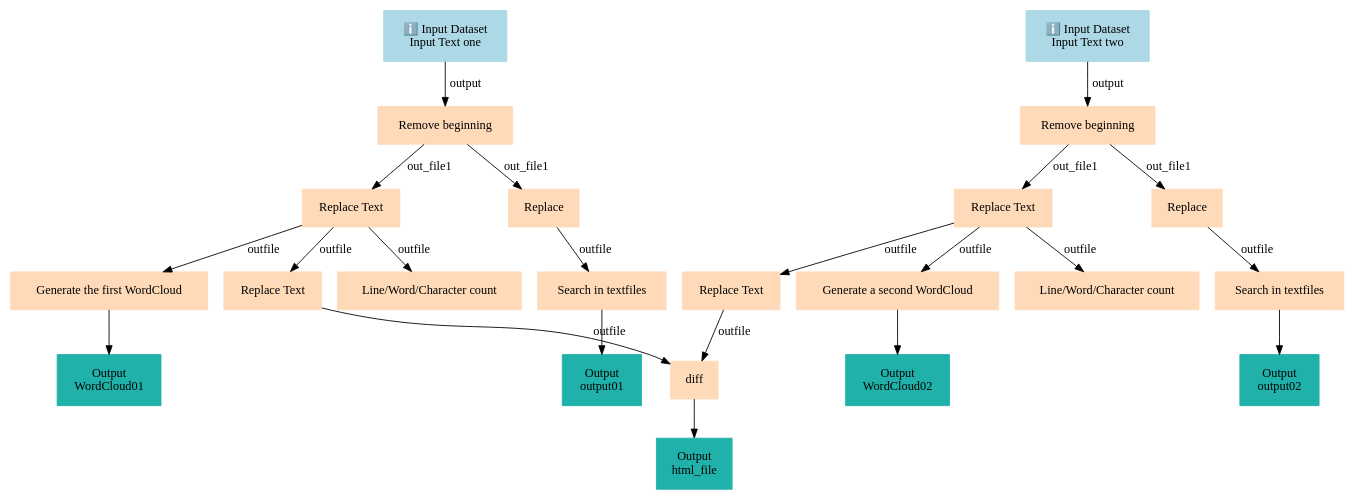
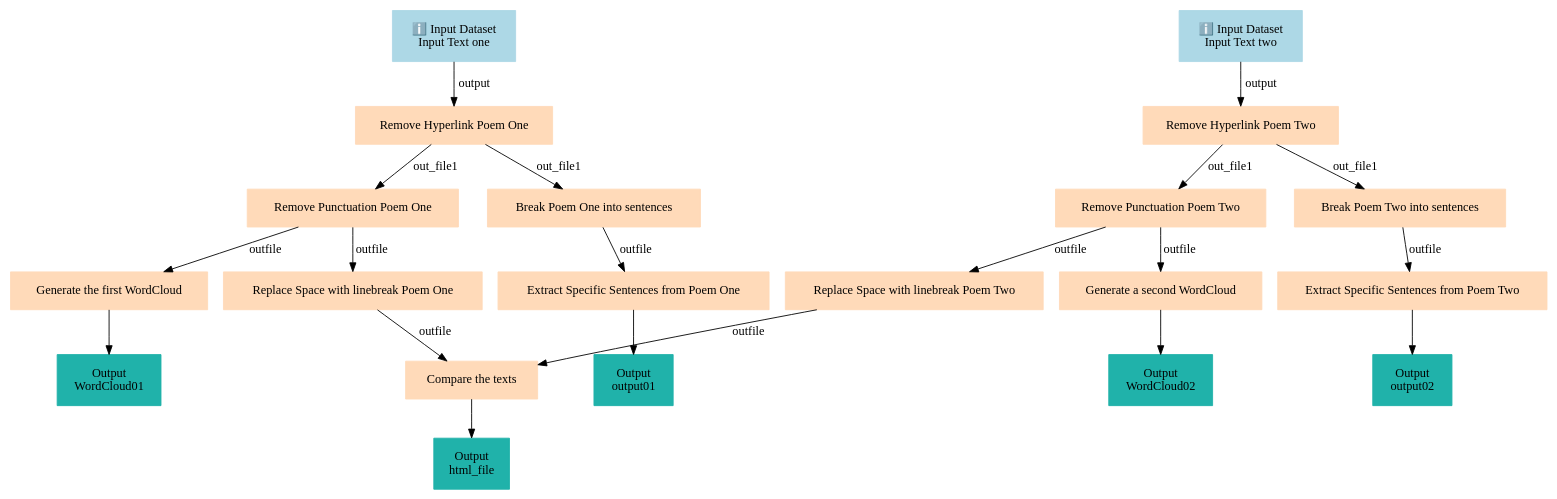
Before and after one commit to galaxyproject/training-material: the diagram in api/workflows/digital-humanities/introduction_to_dh/introduction-to-digital-humanities/graph.dot, drawn with Graphviz. The commit also changed 10719 other files, not shown here.

```diff
--- a/api/workflows/digital-humanities/introduction_to_dh/introduction-to-digital-humanities/graph.dot
+++ b/api/workflows/digital-humanities/introduction_to_dh/introduction-to-digital-humanities/graph.dot
@@ -1,47 +1,43 @@
 digraph main {
   node [fontname="Atkinson Hyperlegible", shape=box, color=white,style=filled,color=peachpuff,margin="0.2,0.2"];
   edge [fontname="Atkinson Hyperlegible"];
   0[color=lightblue,label="ℹ️ Input Dataset\nInput Text one"]
   1[color=lightblue,label="ℹ️ Input Dataset\nInput Text two"]
-  2[label="Remove beginning"]
+  2[label="Remove Hyperlink Poem One"]
   0 -> 2 [label="output"]
-  3[label="Remove beginning"]
+  3[label="Remove Hyperlink Poem Two"]
   1 -> 3 [label="output"]
-  4[label="Replace Text"]
+  4[label="Remove Punctuation Poem One"]
   2 -> 4 [label="out_file1"]
-  5[label="Replace"]
+  5[label="Break Poem One into sentences"]
   2 -> 5 [label="out_file1"]
-  6[label="Replace Text"]
+  6[label="Remove Punctuation Poem Two"]
   3 -> 6 [label="out_file1"]
-  7[label="Replace"]
+  7[label="Break Poem Two into sentences"]
   3 -> 7 [label="out_file1"]
-  8[label="Line/Word/Character count"]
+  8[label="Generate the first WordCloud"]
   4 -> 8 [label="outfile"]
-  9[label="Generate the first WordCloud"]
+  k56f52608c40a468abfd2e6718cc436db[color=lightseagreen,label="Output\nWordCloud01"]
+  8 -> k56f52608c40a468abfd2e6718cc436db
+  9[label="Replace Space with linebreak Poem One"]
   4 -> 9 [label="outfile"]
-  k56f52608c40a468abfd2e6718cc436db[color=lightseagreen,label="Output\nWordCloud01"]
-  9 -> k56f52608c40a468abfd2e6718cc436db
-  10[label="Replace Text"]
-  4 -> 10 [label="outfile"]
-  11[label="Search in textfiles"]
-  5 -> 11 [label="outfile"]
+  10[label="Extract Specific Sentences from Poem One"]
+  5 -> 10 [label="outfile"]
   k0d463da6de824130a1139cf527acdca1[color=lightseagreen,label="Output\noutput01"]
-  11 -> k0d463da6de824130a1139cf527acdca1
-  12[label="Line/Word/Character count"]
+  10 -> k0d463da6de824130a1139cf527acdca1
+  11[label="Replace Space with linebreak Poem Two"]
+  6 -> 11 [label="outfile"]
+  12[label="Generate a second WordCloud"]
   6 -> 12 [label="outfile"]
-  13[label="Generate a second WordCloud"]
-  6 -> 13 [label="outfile"]
   k70815cdda4604d5e8923e9842b618393[color=lightseagreen,label="Output\nWordCloud02"]
-  13 -> k70815cdda4604d5e8923e9842b618393
-  14[label="Replace Text"]
-  6 -> 14 [label="outfile"]
-  15[label="Search in textfiles"]
-  7 -> 15 [label="outfile"]
+  12 -> k70815cdda4604d5e8923e9842b618393
+  13[label="Extract Specific Sentences from Poem Two"]
+  7 -> 13 [label="outfile"]
   k8cad2dd7d6b64320860cf9125cf77bef[color=lightseagreen,label="Output\noutput02"]
-  15 -> k8cad2dd7d6b64320860cf9125cf77bef
-  16[label="diff"]
-  10 -> 16 [label="outfile"]
-  14 -> 16 [label="outfile"]
+  13 -> k8cad2dd7d6b64320860cf9125cf77bef
+  14[label="Compare the texts"]
+  9 -> 14 [label="outfile"]
+  11 -> 14 [label="outfile"]
   k22682b826f2943e3a649b411e42d5cd2[color=lightseagreen,label="Output\nhtml_file"]
-  16 -> k22682b826f2943e3a649b411e42d5cd2
+  14 -> k22682b826f2943e3a649b411e42d5cd2
 }
```
